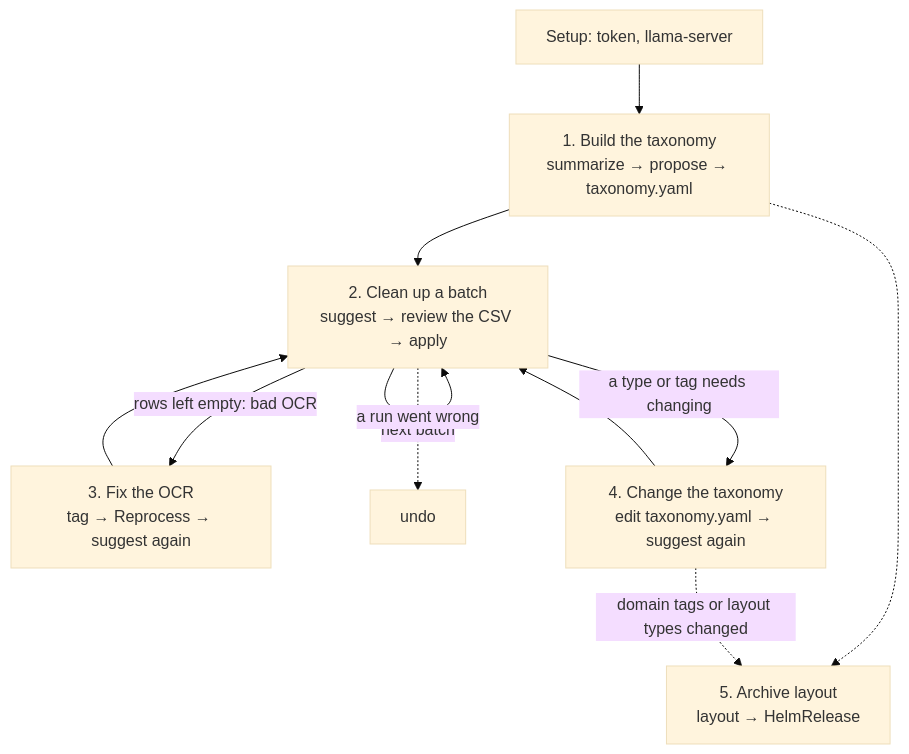
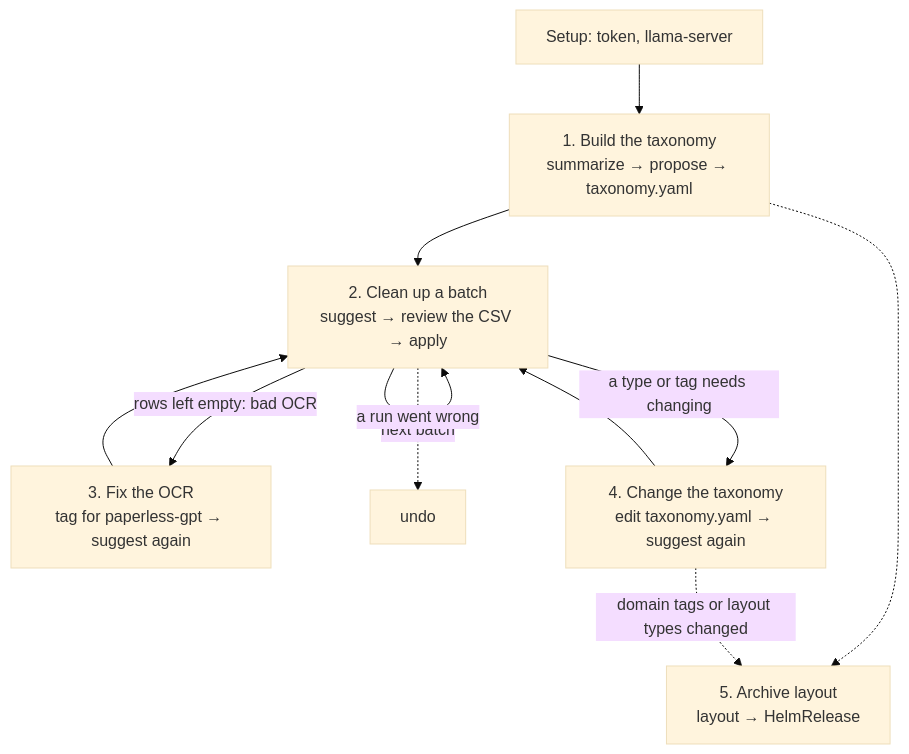
Before and after one commit to qnimbus/home-lab: the first of 7 diagrams in kubernetes/apps/default/paperless/tools/README.md, drawn with Mermaid (base theme). The commit also changed other lines of this file, not shown here.

Commit message:
docs(paperless): redo bad OCR through paperless-gpt, never Reprocess

````diff
--- a/kubernetes/apps/default/paperless/tools/README.md
+++ b/kubernetes/apps/default/paperless/tools/README.md
@@ -36,13 +36,13 @@
 ```mermaid
 flowchart TD
   setup["Setup: token, llama-server"] --> w1
   w1["1. Build the taxonomy<br/>summarize → propose → taxonomy.yaml"] --> w2
   w2["2. Clean up a batch<br/>suggest → review the CSV → apply"] -->|next batch| w2
-  w2 -->|rows left empty: bad OCR| w3["3. Fix the OCR<br/>tag → Reprocess → suggest again"]
+  w2 -->|rows left empty: bad OCR| w3["3. Fix the OCR<br/>tag for paperless-gpt → suggest again"]
   w3 --> w2
   w2 -->|a type or tag needs changing| w4["4. Change the taxonomy<br/>edit taxonomy.yaml → suggest again"]
   w4 --> w2
   w1 -.-> w5["5. Archive layout<br/>layout → HelmRelease"]
   w4 -.->|domain tags or layout types changed| w5
   w2 -.->|a run went wrong| undo["undo"]
 ```
````
